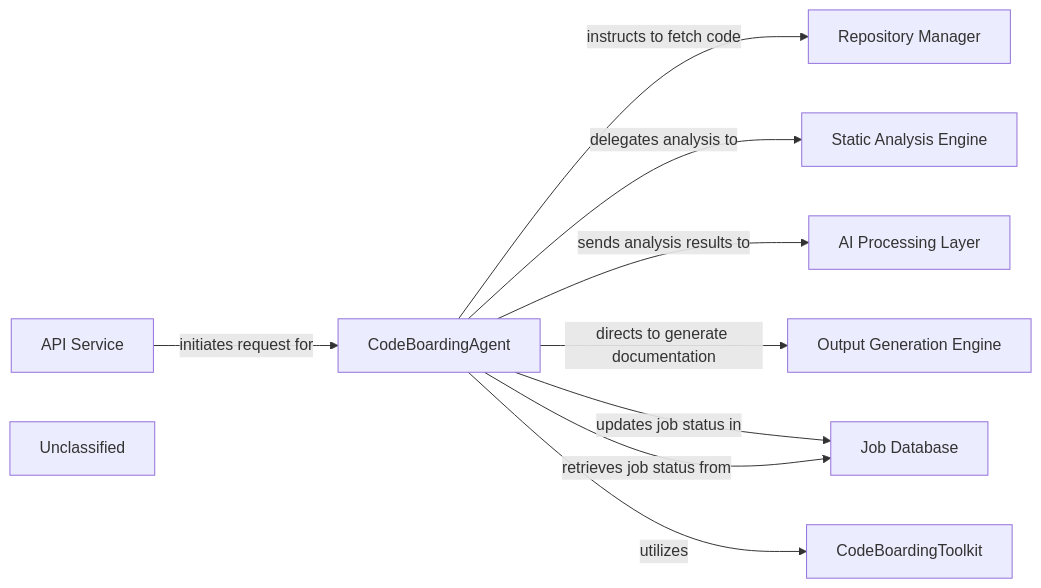
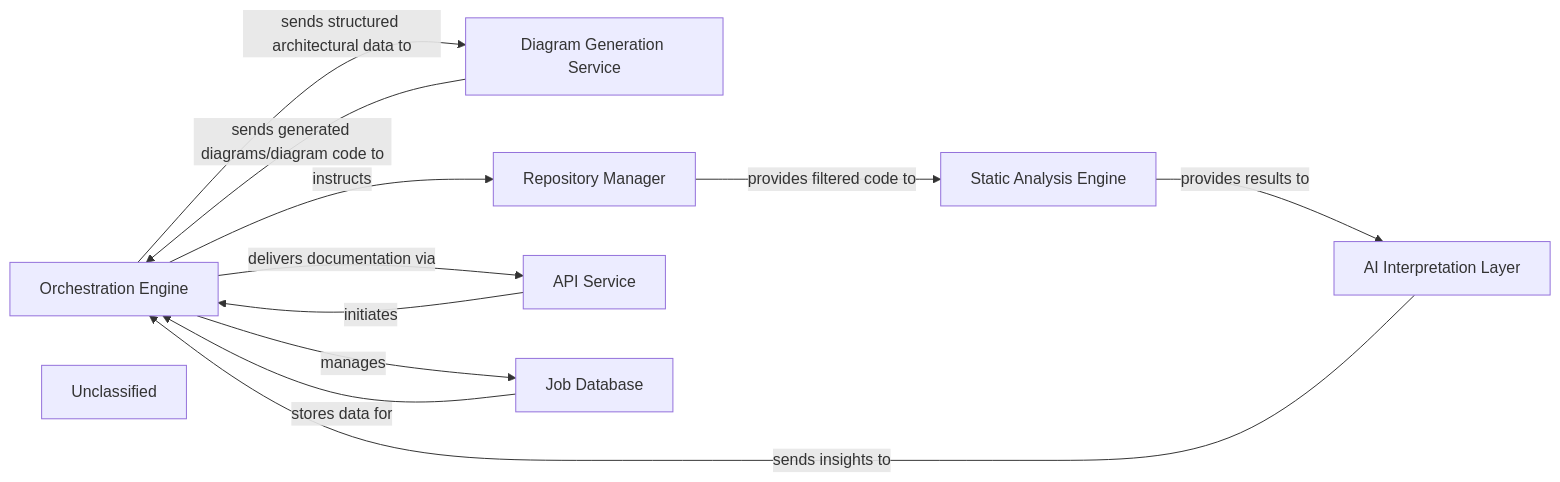
The second of 6 diagrams in docs/development/architecture.md (CodeBoarding/CodeBoarding), drawn with Mermaid before and after one commit. The commit also changed other lines of this file and 17 other files, not shown here.

First line of the commit message:
docs: update codeboarding documentation and generate architecture

````diff
--- a/docs/development/architecture.md
+++ b/docs/development/architecture.md
@@ -69,25 +81,24 @@
 ```mermaid
 graph LR
-    CodeBoardingAgent["CodeBoardingAgent"]
+    Orchestration_Engine["Orchestration Engine"]
+    Diagram_Generation_Service["Diagram Generation Service"]
+    AI_Interpretation_Layer["AI Interpretation Layer"]
+    Static_Analysis_Engine["Static Analysis Engine"]
+    Repository_Manager["Repository Manager"]
     API_Service["API Service"]
-    Repository_Manager["Repository Manager"]
-    Static_Analysis_Engine["Static Analysis Engine"]
-    AI_Processing_Layer["AI Processing Layer"]
-    Output_Generation_Engine["Output Generation Engine"]
     Job_Database["Job Database"]
-    CodeBoardingToolkit["CodeBoardingToolkit"]
     Unclassified["Unclassified"]
-    API_Service -- "initiates request for" --> CodeBoardingAgent
-    CodeBoardingAgent -- "instructs to fetch code" --> Repository_Manager
-    CodeBoardingAgent -- "delegates analysis to" --> Static_Analysis_Engine
-    CodeBoardingAgent -- "sends analysis results to" --> AI_Processing_Layer
-    CodeBoardingAgent -- "directs to generate documentation" --> Output_Generation_Engine
-    CodeBoardingAgent -- "updates job status in" --> Job_Database
-    CodeBoardingAgent -- "retrieves job status from" --> Job_Database
-    CodeBoardingAgent -- "utilizes" --> CodeBoardingToolkit
-    click CodeBoardingAgent href "https://github.com/CodeBoarding/CodeBoarding/blob/main/.codeboarding/CodeBoardingAgent.md" "Details"
+    API_Service -- "initiates" --> Orchestration_Engine
+    Orchestration_Engine -- "instructs" --> Repository_Manager
+    Repository_Manager -- "provides filtered code to" --> Static_Analysis_Engine
+    Static_Analysis_Engine -- "provides results to" --> AI_Interpretation_Layer
+    AI_Interpretation_Layer -- "sends insights to" --> Orchestration_Engine
+    Orchestration_Engine -- "sends structured architectural data to" --> Diagram_Generation_Service
+    Diagram_Generation_Service -- "sends generated diagrams/diagram code to" --> Orchestration_Engine
+    Orchestration_Engine -- "delivers documentation via" --> API_Service
+    Orchestration_Engine -- "manages" --> Job_Database
+    Job_Database -- "stores data for" --> Orchestration_Engine
+    click Orchestration_Engine href "https://github.com/CodeBoarding/CodeBoarding/blob/main/.codeboarding/Orchestration_Engine.md" "Details"
+    click Diagram_Generation_Service href "https://github.com/CodeBoarding/CodeBoarding/blob/main/.codeboarding/Diagram_Generation_Service.md" "Details"
     click Static_Analysis_Engine href "https://github.com/CodeBoarding/CodeBoarding/blob/main/.codeboarding/Static_Analysis_Engine.md" "Details"
-    click AI_Processing_Layer href "https://github.com/CodeBoarding/CodeBoarding/blob/main/.codeboarding/AI_Processing_Layer.md" "Details"
-    click Output_Generation_Engine href "https://github.com/CodeBoarding/CodeBoarding/blob/main/.codeboarding/Output_Generation_Engine.md" "Details"
-    click CodeBoardingToolkit href "https://github.com/CodeBoarding/CodeBoarding/blob/main/.codeboarding/CodeBoardingToolkit.md" "Details"
 ```
````
